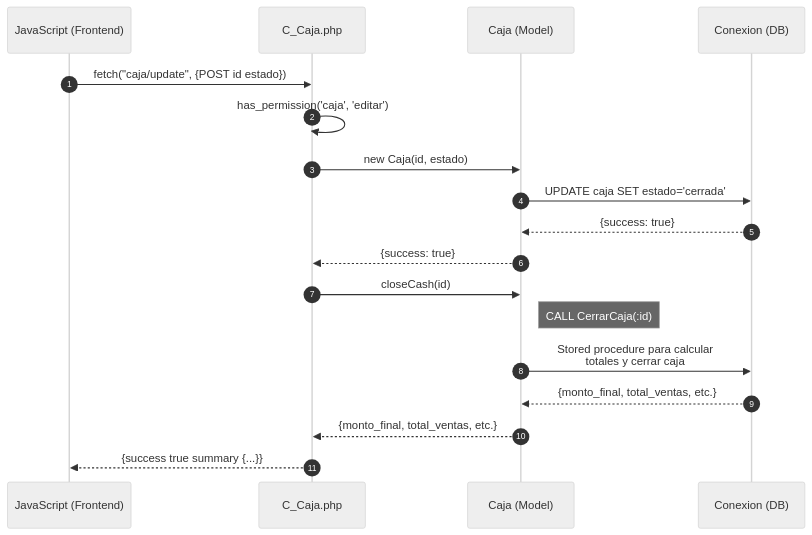
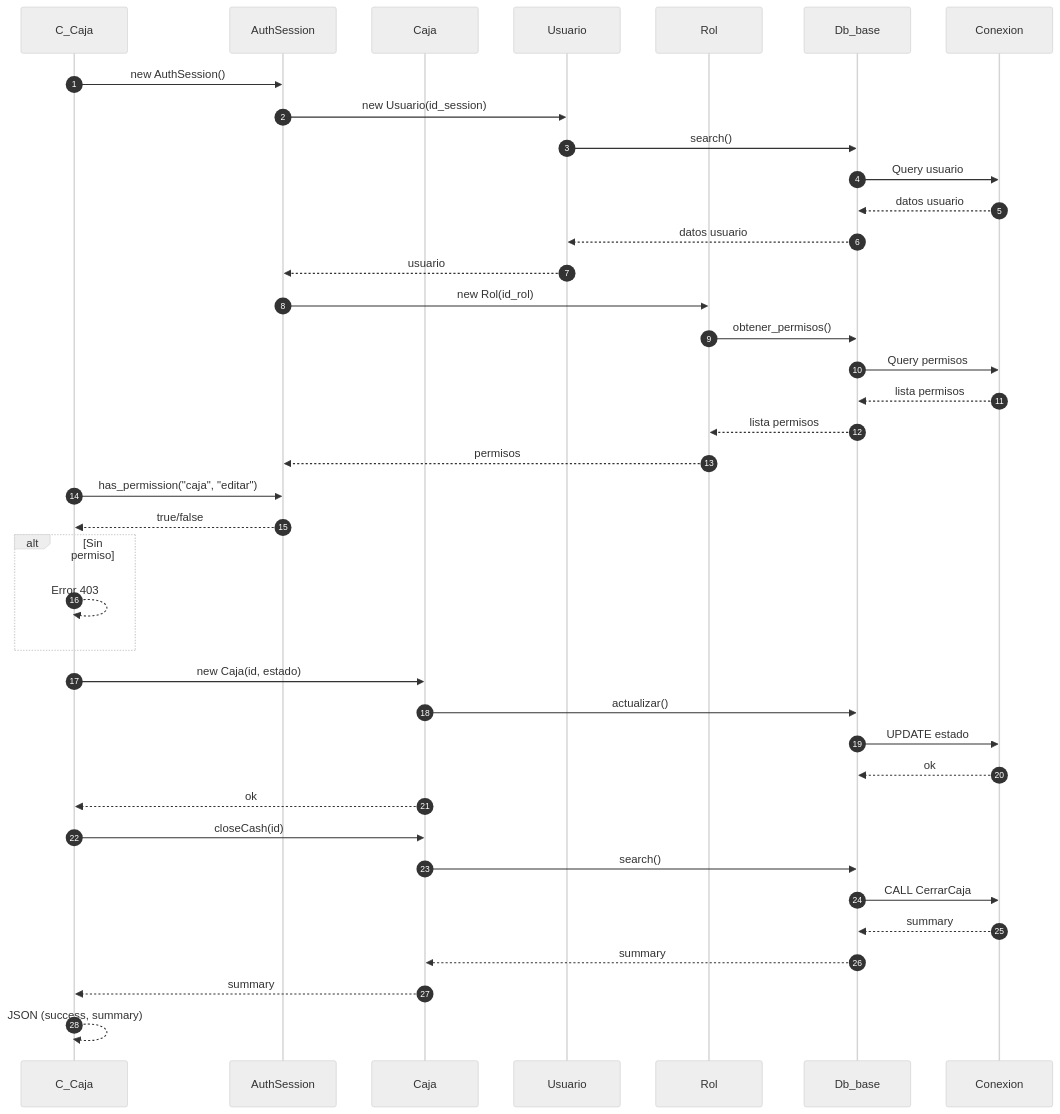
Before and after one commit to Tecrato/BurgerHouse: the fourth of 5 diagrams in docs/secuencia/caja/caja.md, drawn with Mermaid (neutral theme). The commit also changed other lines of this file and 13 other files, not shown here.

First line of the commit message:
diagramas actualizaos

````diff
--- a/docs/secuencia/caja/caja.md
+++ b/docs/secuencia/caja/caja.md
@@ -91,25 +158,48 @@
 ```mermaid
 sequenceDiagram
     autonumber
-    participant JS as JavaScript (Frontend)
-    participant C_Caja as C_Caja.php
-    participant Caja as Caja (Model)
-    participant DB as Conexion (DB)
+    participant C_Caja as C_Caja
+    participant AuthSession as AuthSession
+    participant Caja as Caja
+    participant Usuario as Usuario
+    participant Rol as Rol
+    participant Db_base as Db_base
+    participant Conexion as Conexion
     
-    JS->>C_Caja: fetch("caja/update", {POST id estado})
+    C_Caja->>AuthSession: new AuthSession()
+    AuthSession->>Usuario: new Usuario(id_session)
+    Usuario->>Db_base: search()
+    Db_base->>Conexion: Query usuario
+    Conexion-->>Db_base: datos usuario
+    Db_base-->>Usuario: datos usuario
+    Usuario-->>AuthSession: usuario
     
-    C_Caja->>C_Caja: has_permission('caja', 'editar')
+    AuthSession->>Rol: new Rol(id_rol)
+    Rol->>Db_base: obtener_permisos()
+    Db_base->>Conexion: Query permisos
+    Conexion-->>Db_base: lista permisos
+    Db_base-->>Rol: lista permisos
+    Rol-->>AuthSession: permisos
+    
+    C_Caja->>AuthSession: has_permission("caja", "editar")
+    AuthSession-->>C_Caja: true/false
+    
+    alt Sin permiso
+        C_Caja-->>C_Caja: Error 403
+    end
     
     C_Caja->>Caja: new Caja(id, estado)
-    Caja->>DB: UPDATE caja SET estado='cerrada'
-    DB-->>Caja: {success: true}
-    Caja-->>C_Caja: {success: true}
+    Caja->>Db_base: actualizar()
+    Db_base->>Conexion: UPDATE estado
+    Conexion-->>Db_base: ok
+    Caja-->>C_Caja: ok
     
     C_Caja->>Caja: closeCash(id)
-    Note right of Caja: CALL CerrarCaja(:id)
-    Caja->>DB: Stored procedure para calcular<br/>totales y cerrar caja
-    DB-->>Caja: {monto_final, total_ventas, etc.}
-    Caja-->>C_Caja: {monto_final, total_ventas, etc.}
+    Caja->>Db_base: search()
+    Db_base->>Conexion: CALL CerrarCaja
+    Conexion-->>Db_base: summary
+    Db_base-->>Caja: summary
+    Caja-->>C_Caja: summary
     
-    C_Caja-->>JS: {success true summary {...}}
+    C_Caja-->>C_Caja: JSON (success, summary)
 ```
````
